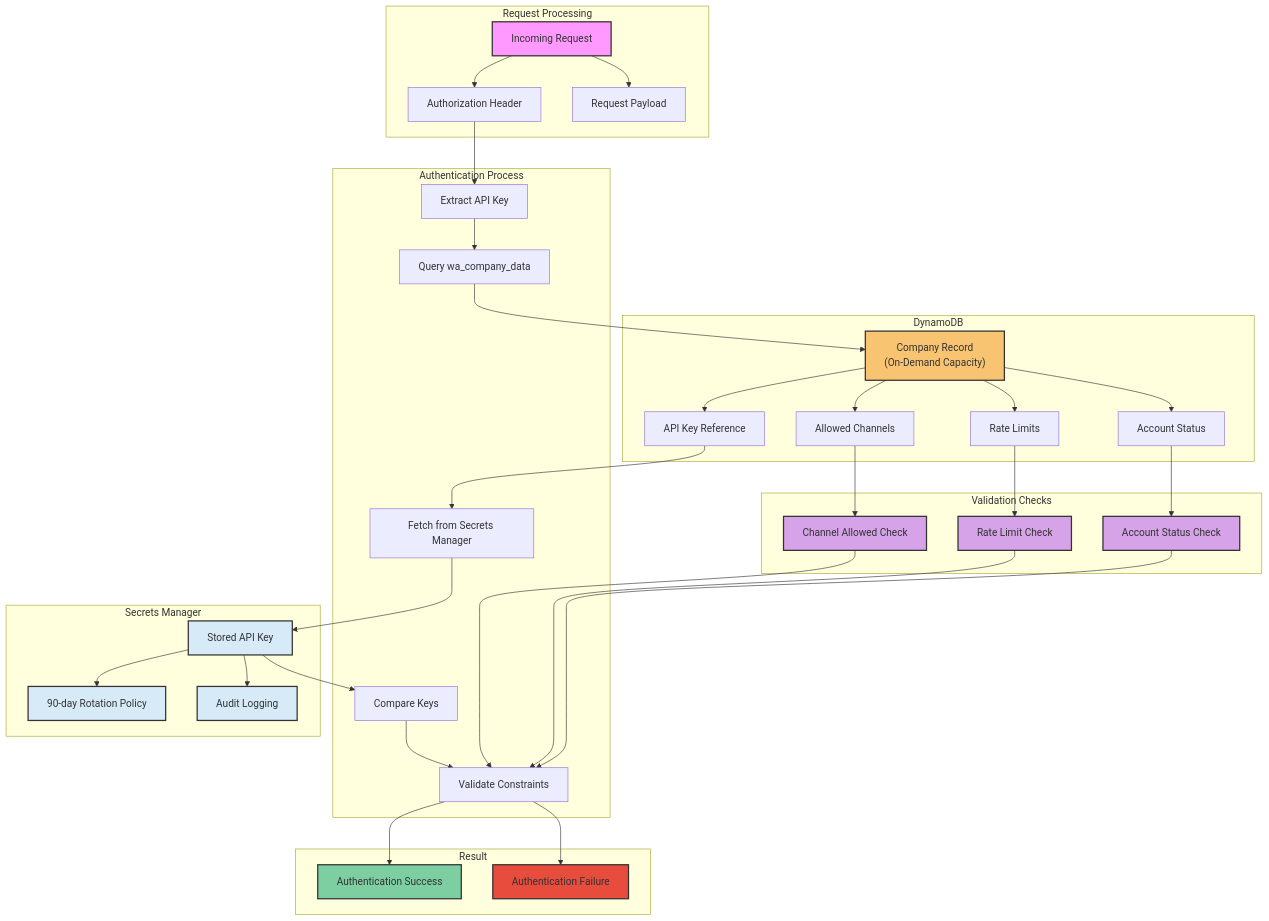
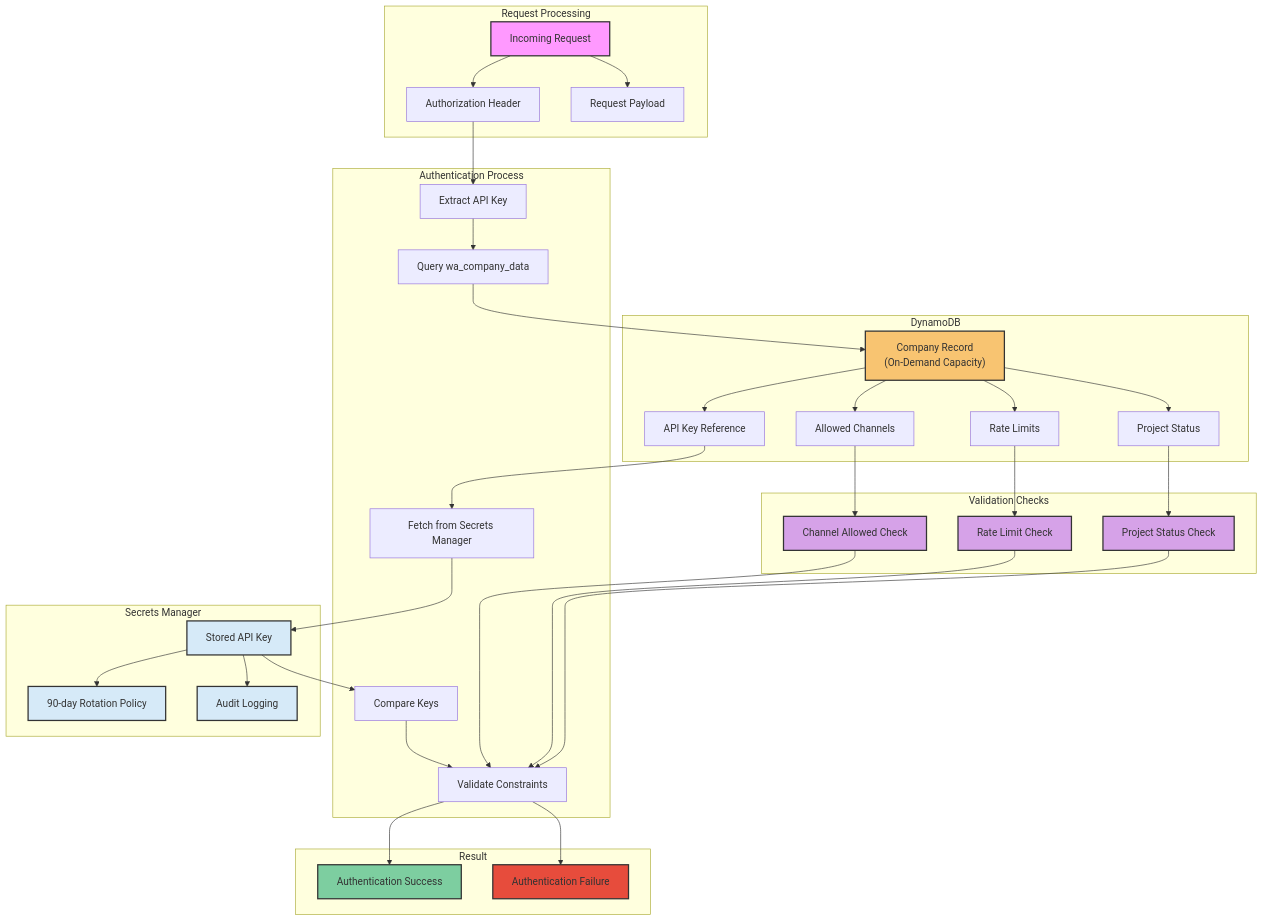
The fourth of 7 diagrams in lld/channel-router/channel-router-diagrams-v1.0.md (junksamiad/template-sender-engine), drawn with Mermaid before and after one commit. The commit also changed 1 other file, not shown here.

Commit message:
Update validation to use project_status and add project status error codes

````diff
--- a/lld/channel-router/channel-router-diagrams-v1.0.md
+++ b/lld/channel-router/channel-router-diagrams-v1.0.md
@@ -203,82 +203,82 @@
 ```mermaid
 flowchart TD
     subgraph "Request Processing"
         REQ["Incoming Request"]
         HEADER["Authorization Header"]
         PAYLOAD["Request Payload"]
     end
     
     subgraph "Authentication Process"
         EXTRACT["Extract API Key"]
         QUERY["Query wa_company_data"]
         FETCH["Fetch from Secrets Manager"]
         COMPARE["Compare Keys"]
         VALIDATE["Validate Constraints"]
     end
     
     subgraph "DynamoDB"
         COMPANY["Company Record<br/>(On-Demand Capacity)"]
         KEY_REF["API Key Reference"]
         CHANNELS["Allowed Channels"]
         RATE["Rate Limits"]
-        STATUS["Account Status"]
+        STATUS["Project Status"]
     end
     
     subgraph "Secrets Manager"
         SECRET["Stored API Key"]
         ROTATION["90-day Rotation Policy"]
         AUDIT["Audit Logging"]
     end
     
     subgraph "Validation Checks"
         CHANNEL_CHECK["Channel Allowed Check"]
         RATE_CHECK["Rate Limit Check"]
-        STATUS_CHECK["Account Status Check"]
+        STATUS_CHECK["Project Status Check"]
     end
     
     subgraph "Result"
         SUCCESS["Authentication Success"]
         FAILURE["Authentication Failure"]
     end
     
     REQ --> HEADER
     REQ --> PAYLOAD
     HEADER --> EXTRACT
     
     EXTRACT --> QUERY
     QUERY --> COMPANY
     COMPANY --> KEY_REF
     COMPANY --> CHANNELS
     COMPANY --> RATE
     COMPANY --> STATUS
     
     KEY_REF --> FETCH
     FETCH --> SECRET
     SECRET --> COMPARE
     
     CHANNELS --> CHANNEL_CHECK
     RATE --> RATE_CHECK
     STATUS --> STATUS_CHECK
     
     COMPARE --> VALIDATE
     CHANNEL_CHECK --> VALIDATE
     RATE_CHECK --> VALIDATE
     STATUS_CHECK --> VALIDATE
     
     VALIDATE --> SUCCESS
     VALIDATE --> FAILURE
     
     SECRET --> ROTATION
     SECRET --> AUDIT
     
     style REQ fill:#f9f,stroke:#333,stroke-width:2px
     style COMPANY fill:#F8C471,stroke:#333,stroke-width:2px
     style SECRET fill:#D6EAF8,stroke:#333,stroke-width:2px
     style ROTATION fill:#D6EAF8,stroke:#333,stroke-width:2px
     style AUDIT fill:#D6EAF8,stroke:#333,stroke-width:2px
     style SUCCESS fill:#7DCEA0,stroke:#333,stroke-width:2px
     style FAILURE fill:#E74C3C,stroke:#333,stroke-width:2px
     style CHANNEL_CHECK fill:#D6A2E8,stroke:#333,stroke-width:2px
     style RATE_CHECK fill:#D6A2E8,stroke:#333,stroke-width:2px 
     style STATUS_CHECK fill:#D6A2E8,stroke:#333,stroke-width:2px
 ```
````
